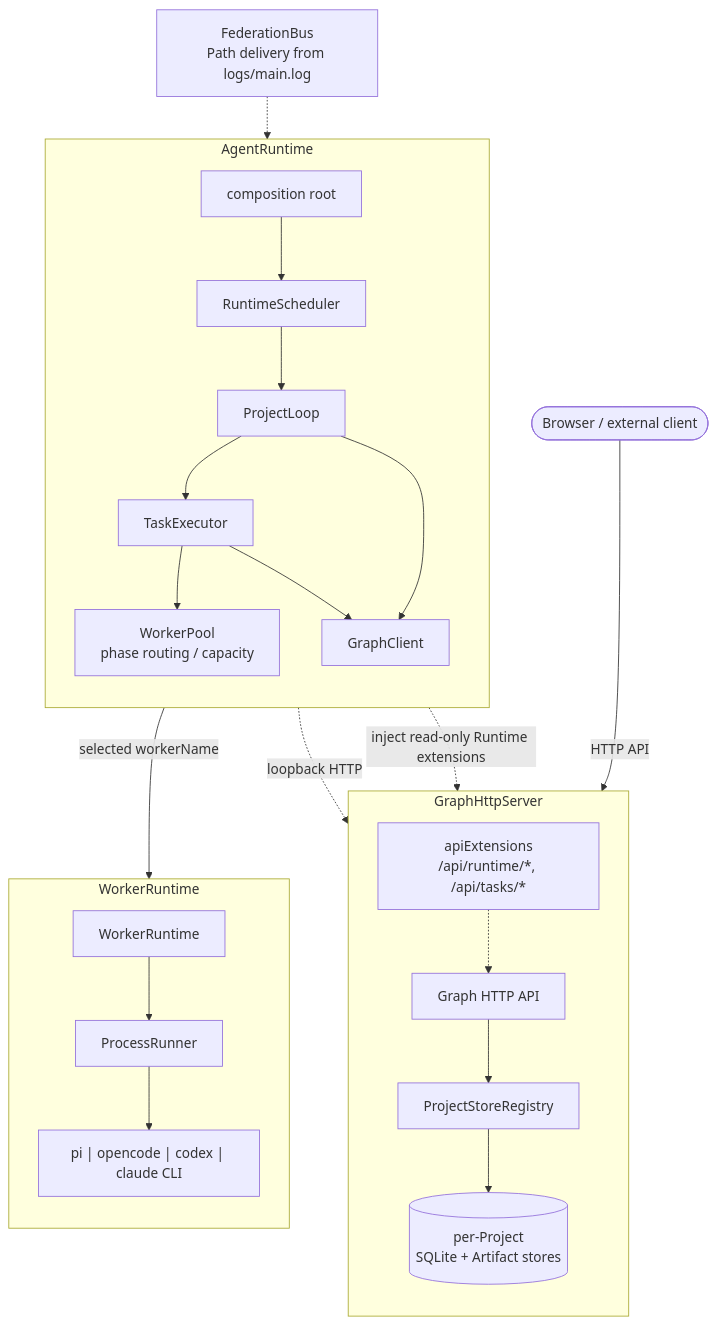
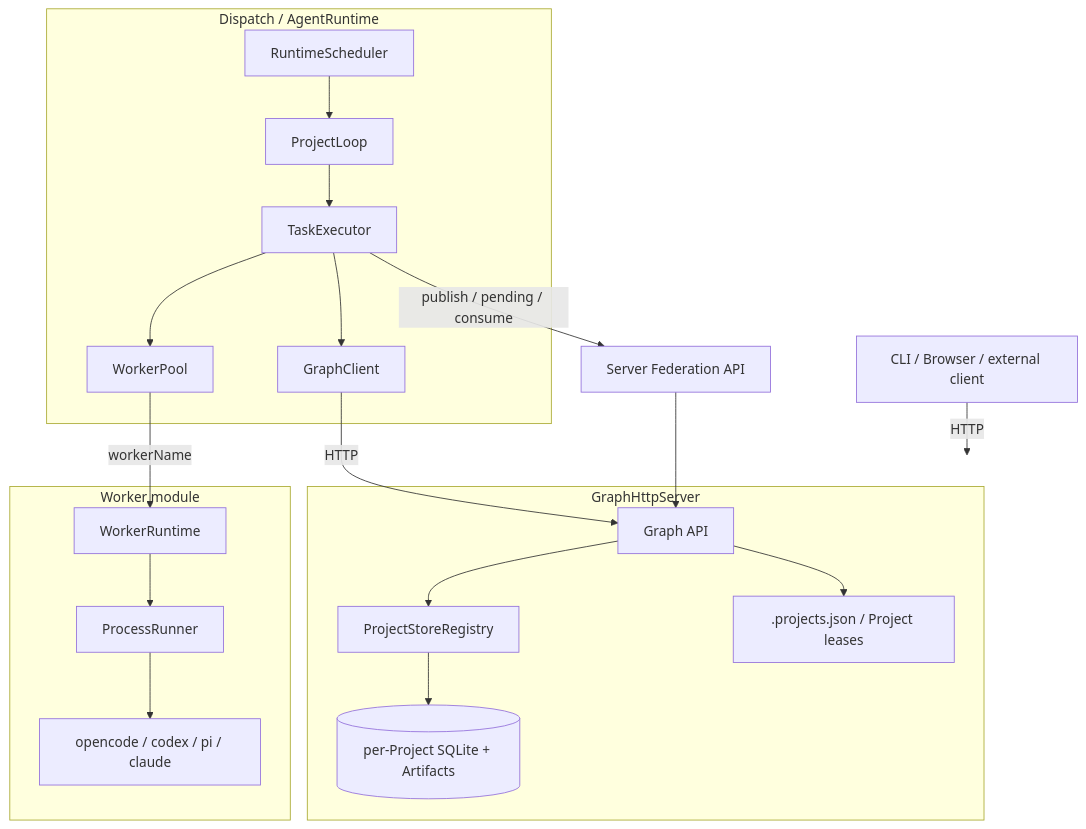
Before and after one commit to jygzyc/peak: the first of 2 diagrams in docs/zh/architecture.md, drawn with Mermaid. The commit also changed other lines of this file and 145 other files, not shown here.

First line of the commit message:
feat: port pi-dev non-worker work onto main (keep legacy multi-backend worker)

````diff
--- a/docs/zh/architecture.md
+++ b/docs/zh/architecture.md
@@ -23,35 +20,27 @@
 ```mermaid
 flowchart TB
-  Client(["Browser / external client"])
-  Fed["FederationBus<br/>Path delivery from logs/main.log"]
+  Client["CLI / Browser / external client"] -->|HTTP| Server
 
-  subgraph server["GraphHttpServer"]
-    direction TB
-    API["Graph HTTP API"] --> SSR["ProjectStoreRegistry"]
-    Ext["apiExtensions<br/>/api/runtime/*, /api/tasks/*"] -.-> API
-    SSR --> Stores[("per-Project<br/>SQLite + Artifact stores")]
+  subgraph Server["GraphHttpServer"]
+    API["Graph API"] --> Registry["ProjectStoreRegistry"]
+    Registry --> Shards[("per-Project SQLite + Artifacts")]
+    API --> Leases[".projects.json / Project leases"]
   end
 
-  subgraph runtime["AgentRuntime"]
-    direction TB
-    AR["composition root"] --> Sched["RuntimeScheduler"]
-    Sched --> PL["ProjectLoop"]
-    PL --> Exec["TaskExecutor"]
-    Exec --> WP["WorkerPool<br/>phase routing / capacity"]
-    GC["GraphClient"]
-    Exec --> GC
-    PL --> GC
+  subgraph Runtime["Dispatch / AgentRuntime"]
+    Scheduler["RuntimeScheduler"] --> Loop["ProjectLoop"]
+    Loop --> Executor["TaskExecutor"]
+    Executor --> ClientAPI["GraphClient"]
+    Executor --> Pool["WorkerPool"]
   end
 
-  subgraph worker["WorkerRuntime"]
-    direction TB
-    WR["WorkerRuntime"] --> PR["ProcessRunner"]
-    PR --> CLI["pi | opencode | codex | claude CLI"]
+  subgraph Worker["Worker module"]
+    Pool -->|workerName| WR["WorkerRuntime"]
+    WR --> Runner["ProcessRunner"]
+    Runner --> CLI["opencode / codex / pi / claude"]
   end
 
-  Client -->|"HTTP API"| API
-  GC -.->|"loopback HTTP"| API
-  WP -->|"selected workerName"| WR
-  AR -.->|"inject read-only Runtime extensions"| Ext
-  Fed -.-> PL
+  ClientAPI -->|HTTP| API
+  Executor -->|publish / pending / consume| FedAPI["Server Federation API"]
+  FedAPI --> API
 ```
````
